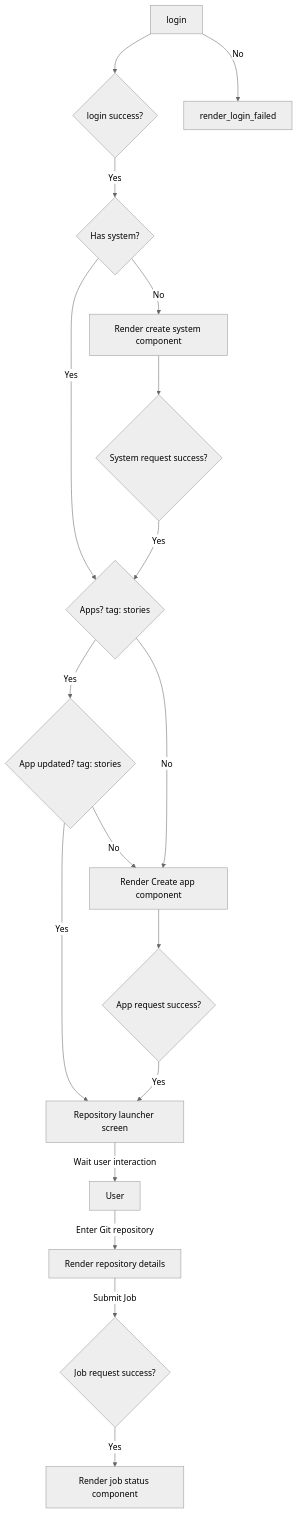
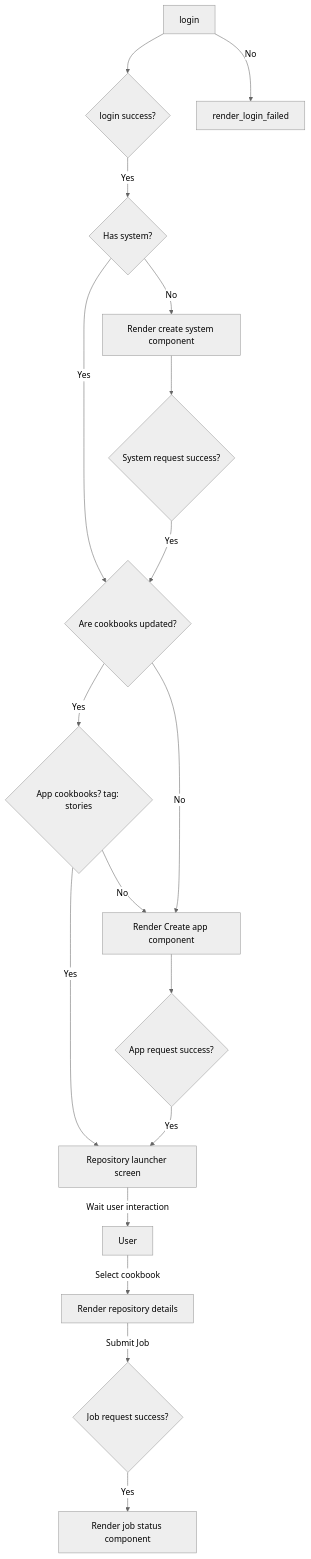
The diagram in README.md (In-For-Disaster-Analytics/stories-app), drawn with Mermaid (neutral theme) before and after one commit. The commit also changed other lines of this file, not shown here.

Commit message:
update: better understanding about the project

````diff
--- a/README.md
+++ b/README.md
@@ -36,50 +36,51 @@
 ```mermaid
 flowchart
     user[User]
     login[login]
     login_cond{login success?}
     render_login_failed
 
 
     system_cond{Has system?}
     render_create_system[Render create system component]
     system_create_status{System request success?}
-    app_stories_cond{Apps? tag: stories}
-    app_stories_updated_cond{App updated? tag: stories}
+    cookbooks_cond{Are cookbooks updated?}
+    cookbooks_updated_cond{App cookbooks? tag: stories}
     render_create_app[Render Create app component]
     app_create_status{App request success?}
     render_repository_launcher[Repository launcher screen]
     render_repository_reader[Render repository details]
 
 
     job_create_status{Job request  success?}
     render_status_component[Render job status component]
 
     login --> login_cond
     login_cond -- Yes --> system_cond
     login -- No --> render_login_failed
 
-    system_cond -- Yes --> app_stories_cond
+    system_cond -- Yes --> cookbooks_cond
     system_cond -- No --> render_create_system
 
     render_create_system --> system_create_status
-    system_create_status -- Yes --> app_stories_cond
+    system_create_status -- Yes --> cookbooks_cond
 
-    app_stories_cond -- Yes --> app_stories_updated_cond
-    app_stories_cond -- No --> render_create_app
+    cookbooks_cond -- Yes --> cookbooks_updated_cond
+    cookbooks_cond -- No --> render_create_app
 
-    app_stories_updated_cond -- Yes --> render_repository_launcher
-    app_stories_updated_cond -- No --> render_create_app
+    cookbooks_updated_cond -- Yes --> render_repository_launcher
+    cookbooks_updated_cond -- No --> render_create_app
 
 
     render_create_app --> app_create_status
 
     app_create_status -- Yes --> render_repository_launcher
     render_repository_launcher -- Wait user interaction --> user
-    user -- Enter Git repository --> render_repository_reader
+    user -- Select cookbook --> render_repository_reader
 
     render_repository_reader -- Submit Job --> job_create_status
 
 
     job_create_status -- Yes --> render_status_component
+
 ```
````
